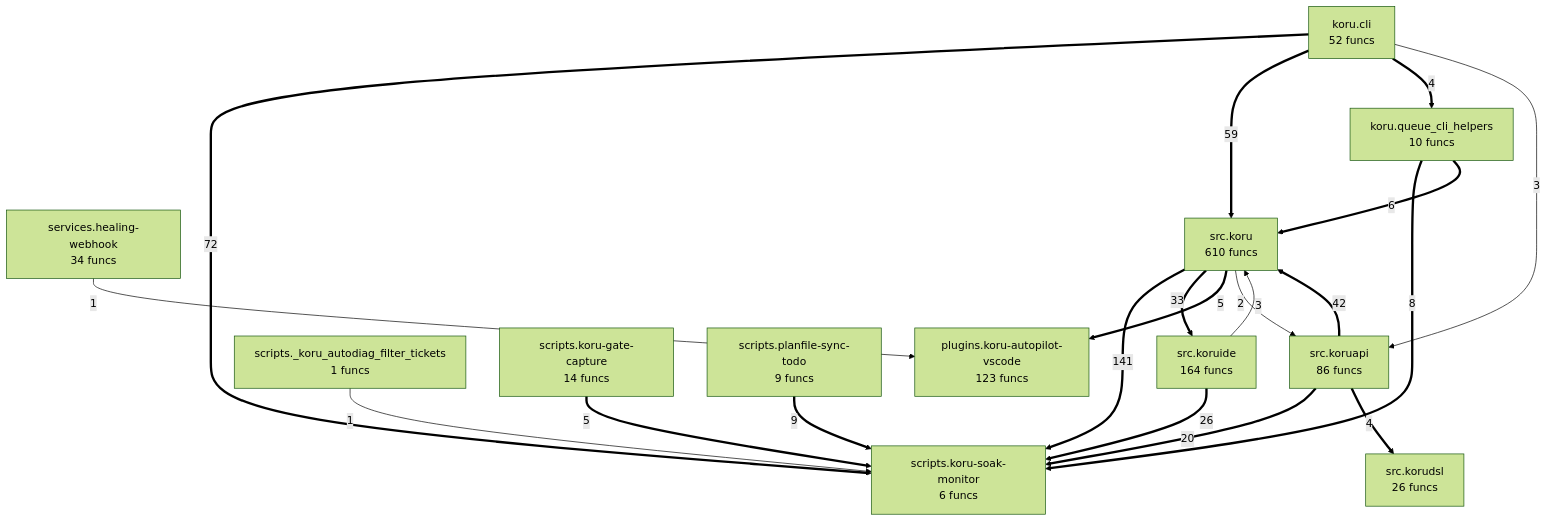
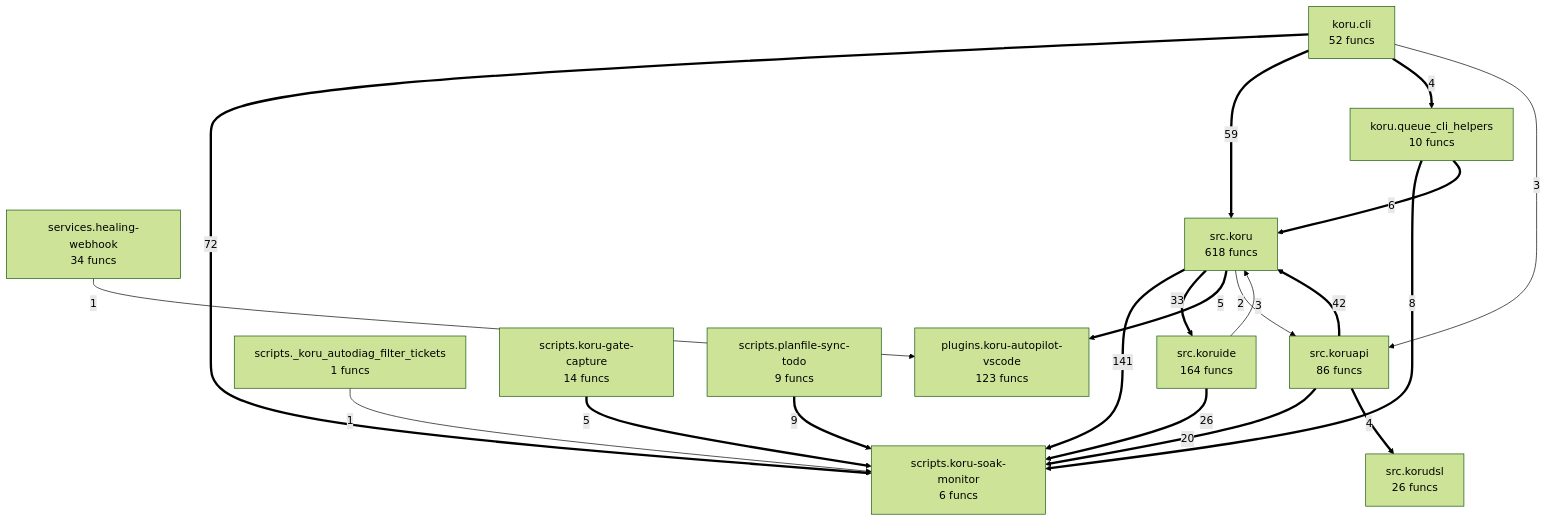
One commit to semcod/koru changed the diagram in project/compact_flow.mmd. Above: the diagram before and after it, drawn with Mermaid (forest theme). The commit also changed 22 other files, not shown here.

```diff
--- a/project/compact_flow.mmd
+++ b/project/compact_flow.mmd
@@ -1,33 +1,33 @@
 flowchart TD
 %% generated in 0.03s
     koru__cli["koru.cli<br/>52 funcs"]
     koru__queue_cli_helpers["koru.queue_cli_helpers<br/>10 funcs"]
     plugins__koru_autopilot_vscode["plugins.koru-autopilot-vscode<br/>123 funcs"]
     scripts___koru_autodiag_filter_tickets["scripts._koru_autodiag_filter_tickets<br/>1 funcs"]
     scripts__koru_gate_capture["scripts.koru-gate-capture<br/>14 funcs"]
     scripts__koru_soak_monitor["scripts.koru-soak-monitor<br/>6 funcs"]
     scripts__planfile_sync_todo["scripts.planfile-sync-todo<br/>9 funcs"]
     services__healing_webhook["services.healing-webhook<br/>34 funcs"]
-    src__koru["src.koru<br/>610 funcs"]
+    src__koru["src.koru<br/>618 funcs"]
     src__koruapi["src.koruapi<br/>86 funcs"]
     src__korudsl["src.korudsl<br/>26 funcs"]
     src__koruide["src.koruide<br/>164 funcs"]
     src__koru ==>|141| scripts__koru_soak_monitor
     koru__cli ==>|72| scripts__koru_soak_monitor
     koru__cli ==>|59| src__koru
     src__koruapi ==>|42| src__koru
     src__koru ==>|33| src__koruide
     src__koruide ==>|26| scripts__koru_soak_monitor
     src__koruapi ==>|20| scripts__koru_soak_monitor
     scripts__planfile_sync_todo ==>|9| scripts__koru_soak_monitor
     koru__queue_cli_helpers ==>|8| scripts__koru_soak_monitor
     koru__queue_cli_helpers ==>|6| src__koru
     src__koru ==>|5| plugins__koru_autopilot_vscode
     scripts__koru_gate_capture ==>|5| scripts__koru_soak_monitor
     src__koruapi ==>|4| src__korudsl
     koru__cli ==>|4| koru__queue_cli_helpers
     src__koruide -->|3| src__koru
     koru__cli -->|3| src__koruapi
     src__koru -->|2| src__koruapi
     services__healing_webhook -->|1| plugins__koru_autopilot_vscode
     scripts___koru_autodiag_filter_tickets -->|1| scripts__koru_soak_monitor
```
